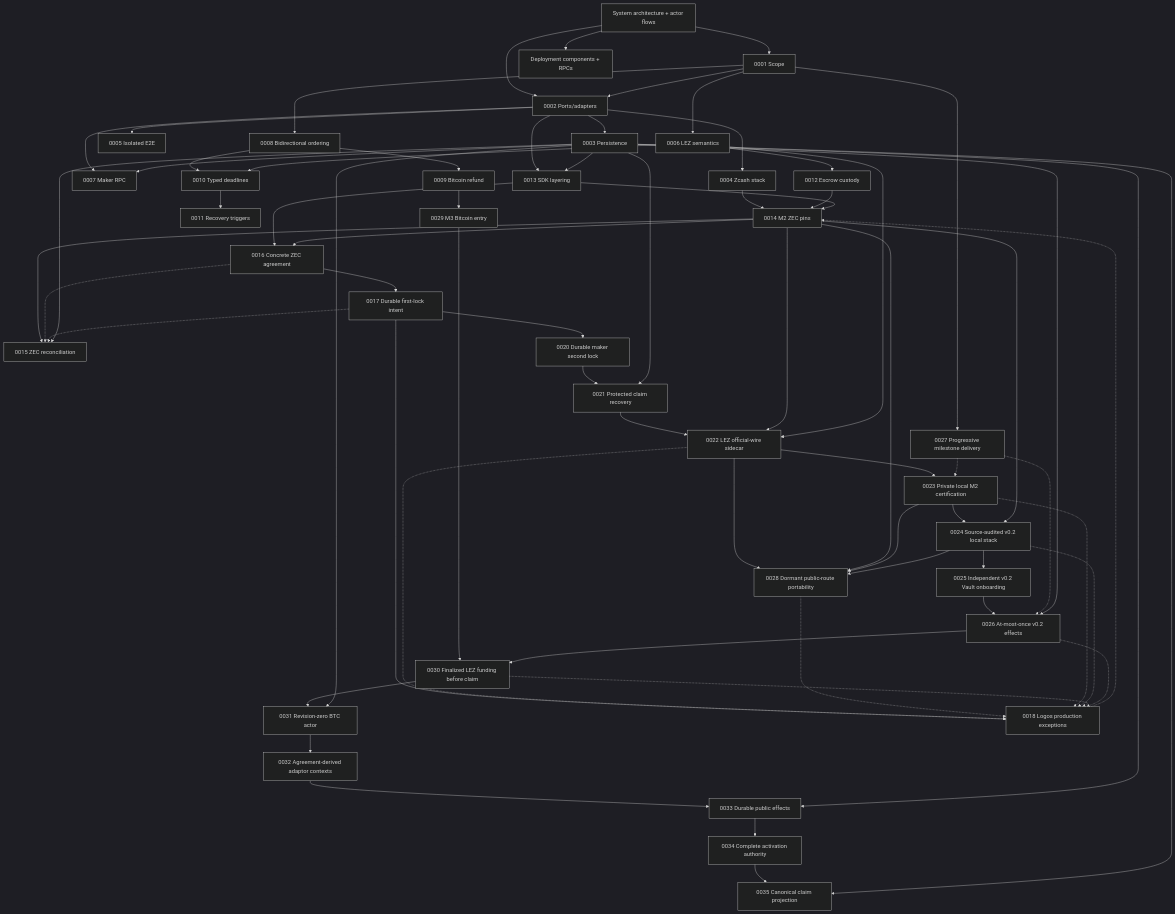
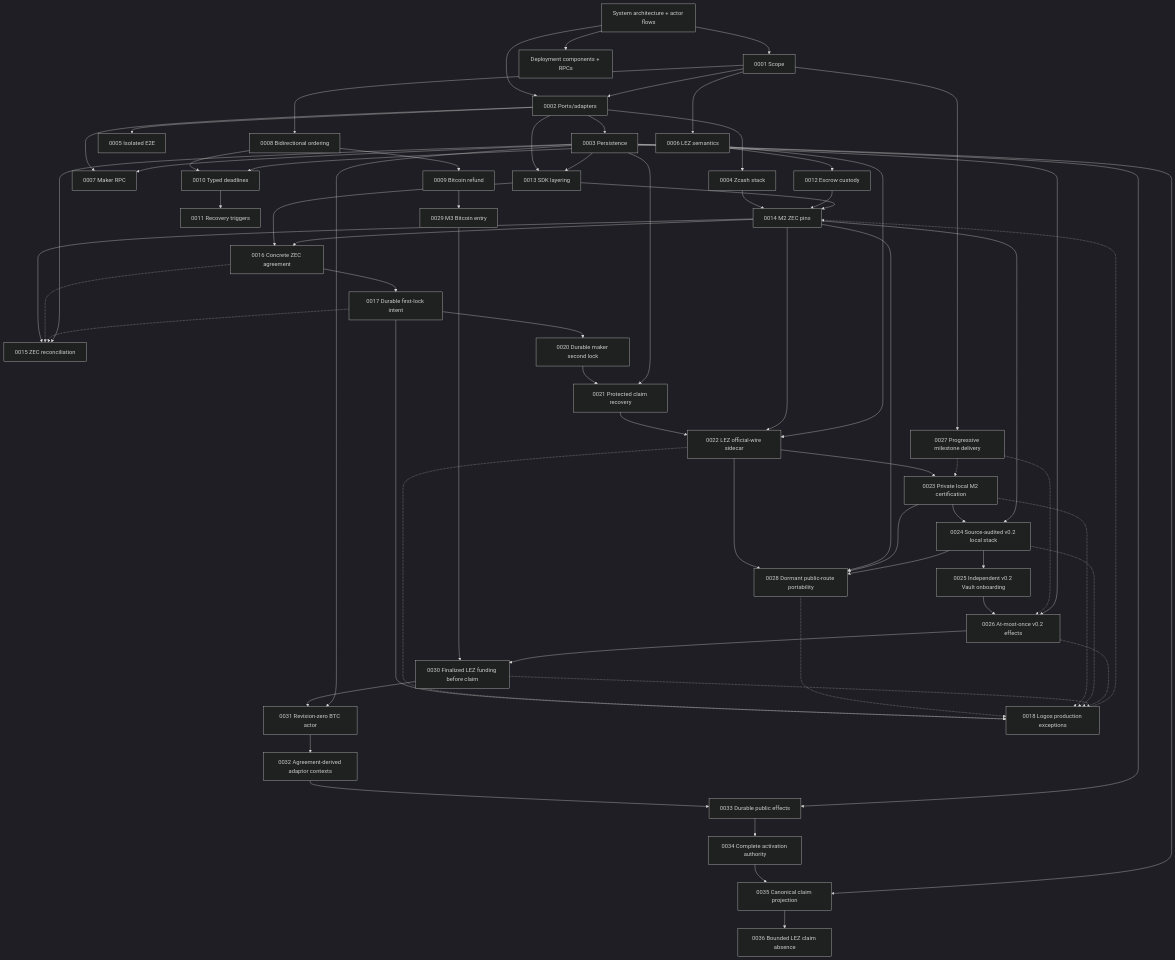
Before and after one commit to gateway-fm/lez-atomic-swaps: the diagram in docs/architecture/README.md, drawn with Mermaid (dark theme). The commit also changed other lines of this file and 1 other file, not shown here.

Commit message:
docs: record bounded LEZ claim absence proof

````diff
--- a/docs/architecture/README.md
+++ b/docs/architecture/README.md
@@ -27,69 +27,70 @@
 ```mermaid
 flowchart TB
     System["System architecture + actor flows"] --> Scope["0001 Scope"]
     System --> Deployment["Deployment components + RPCs"]
     System --> Ports["0002 Ports/adapters"]
     Scope --> Ports
     Ports --> Persistence["0003 Persistence"]
     Ports --> Zcash["0004 Zcash stack"]
     Ports --> Docker["0005 Isolated E2E"]
     Scope --> LEZ["0006 LEZ semantics"]
     Ports --> RPC["0007 Maker RPC"]
     Scope --> Direction["0008 Bidirectional ordering"]
     Direction --> Bitcoin["0009 Bitcoin refund"]
     Bitcoin --> BitcoinEntry["0029 M3 Bitcoin entry"]
     BitcoinEntry --> FinalizedFunding["0030 Finalized LEZ funding before claim"]
     FinalizedFunding --> BtcActor["0031 Revision-zero BTC actor"]
     BtcActor --> Contexts["0032 Agreement-derived adaptor contexts"]
     Contexts --> PublicEffects["0033 Durable public effects"]
     PublicEffects --> ActivationGate["0034 Complete activation authority"]
     ActivationGate --> ClaimProjection["0035 Canonical claim projection"]
+    ClaimProjection --> ClaimPresence["0036 Bounded LEZ claim absence"]
     Direction --> Deadlines["0010 Typed deadlines"]
     LEZ --> Deadlines
     Deadlines --> Recovery["0011 Recovery triggers"]
     LEZ --> Custody["0012 Escrow custody"]
     Ports --> SDK["0013 SDK layering"]
     Zcash --> ZecPins["0014 M2 ZEC pins"]
     Custody --> ZecPins
     SDK --> ZecPins
     ZecPins --> ZecReconcile["0015 ZEC reconciliation"]
     SDK --> Agreement["0016 Concrete ZEC agreement"]
     Agreement --> FirstLock["0017 Durable first-lock intent"]
     FirstLock --> MakerLock["0020 Durable maker second lock"]
     MakerLock --> ClaimRecovery["0021 Protected claim recovery"]
     ClaimRecovery --> LezSidecar["0022 LEZ official-wire sidecar"]
     LezSidecar --> LocalM2["0023 Private local M2 certification"]
     LezSidecar --> PublicRoutes["0028 Dormant public-route portability"]
     ZecPins --> PublicRoutes
     LocalM2 --> PublicRoutes
     LocalM2 --> LocalStack["0024 Source-audited v0.2 local stack"]
     ZecPins --> LocalStack
     LocalStack --> PublicRoutes
     LocalStack --> VaultActors["0025 Independent v0.2 Vault onboarding"]
     VaultActors --> V02Effects["0026 At-most-once v0.2 effects"]
     Scope --> Progressive["0027 Progressive milestone delivery"]
     Progressive -.-> LocalM2
     Progressive -.-> V02Effects
     ZecPins --> LezSidecar
     LEZ --> LezSidecar
     ZecPins --> Agreement
     Agreement -.-> ZecReconcile
     FirstLock -.-> ZecReconcile
     FirstLock --> Upstream["0018 Logos production exceptions"]
     Upstream -.-> ZecPins
     Persistence --> ZecReconcile
     Persistence --> SDK
     Persistence --> RPC
     Persistence --> ClaimRecovery
     Persistence --> V02Effects
     Persistence --> BtcActor
     Persistence --> PublicEffects
     Persistence --> ClaimProjection
     LezSidecar -.-> Upstream
     PublicRoutes -.-> Upstream
     LocalM2 -.-> Upstream
     LocalStack -.-> Upstream
     V02Effects --> FinalizedFunding
     FinalizedFunding -.-> Upstream
     V02Effects -.-> Upstream
 ```
````
